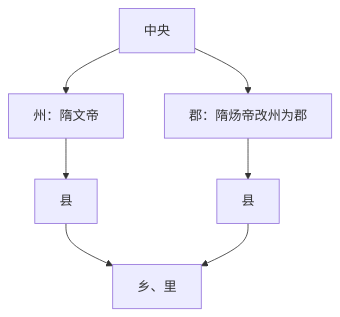
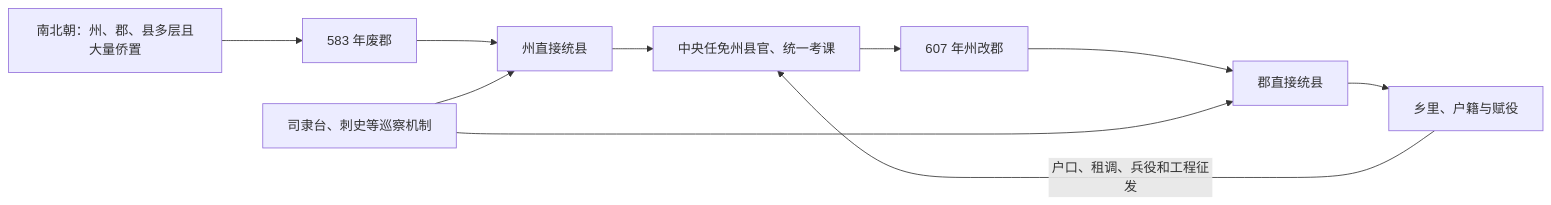
The diagram in 人文科学/历史/东亚/中国/_制度/地方行政区划/历代地方区划/隋.md (tianlan-dev/learning-notes), drawn with Mermaid before and after one commit. The commit also changed other lines of this file and 1417 other files, not shown here.

````diff
--- a/人文科学/历史/东亚/中国/_制度/地方行政区划/历代地方区划/隋.md
+++ b/人文科学/历史/东亚/中国/_制度/地方行政区划/历代地方区划/隋.md
@@ -19,9 +20,12 @@
 ```mermaid
-flowchart TD
-    A["中央"] --> B["州：隋文帝"]
-    B --> C["县"]
-    A --> D["郡：隋炀帝改州为郡"]
-    D --> E["县"]
-    C --> F["乡、里"]
-    E --> F
+flowchart LR
+    O["南北朝：州、郡、县多层且大量侨置"] --> W["583 年废郡"]
+    W --> A["州直接统县"]
+    A --> C["中央任免州县官、统一考课"]
+    C --> Y["607 年州改郡"]
+    Y --> B["郡直接统县"]
+    B --> H["乡里、户籍与赋役"]
+    I["司隶台、刺史等巡察机制"] --> A
+    I --> B
+    H -->|户口、租调、兵役和工程征发| C
 ```
````
